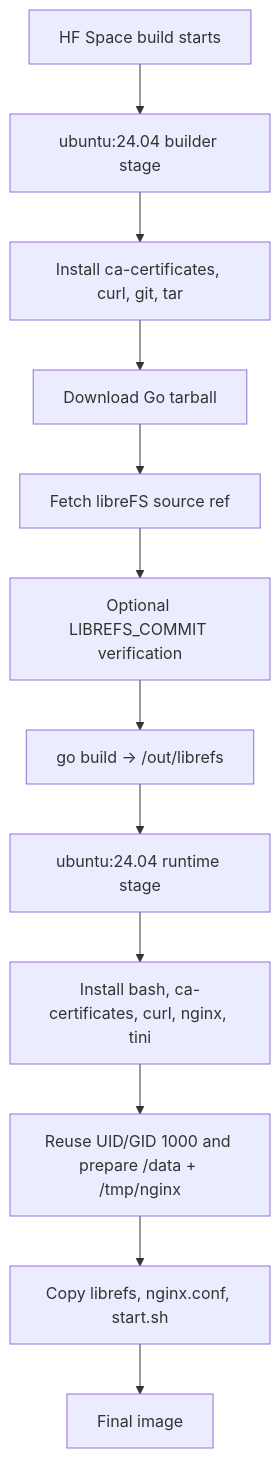
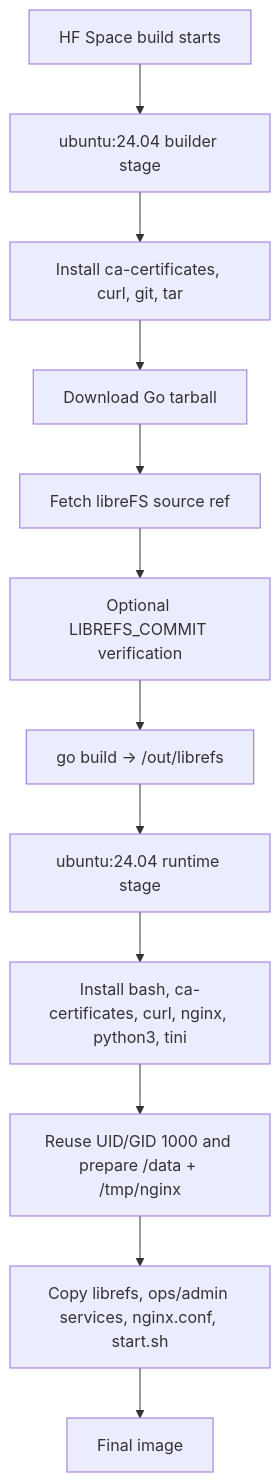
One commit to BlueSkyXN/libreFS-HFS changed the first of 2 diagrams in docs/architecture.md. Above: the diagram before and after it, drawn with Mermaid. The commit also changed other lines of this file and 17 other files, not shown here.

Commit message:
feat(hfs): add ops and disabled admin surfaces

````diff
--- a/docs/architecture.md
+++ b/docs/architecture.md
@@ -22,14 +24,14 @@
 ```mermaid
 flowchart TD
   A["HF Space build starts"] --> B["ubuntu:24.04 builder stage"]
   B --> C["Install ca-certificates, curl, git, tar"]
   C --> D["Download Go tarball"]
   D --> E["Fetch libreFS source ref"]
   E --> F["Optional LIBREFS_COMMIT verification"]
   F --> G["go build -> /out/librefs"]
   G --> H["ubuntu:24.04 runtime stage"]
-  H --> I["Install bash, ca-certificates, curl, nginx, tini"]
+  H --> I["Install bash, ca-certificates, curl, nginx, python3, tini"]
   I --> J["Reuse UID/GID 1000 and prepare /data + /tmp/nginx"]
-  J --> K["Copy librefs, nginx.conf, start.sh"]
+  J --> K["Copy librefs, ops/admin services, nginx.conf, start.sh"]
   K --> L["Final image"]
 ```
````
